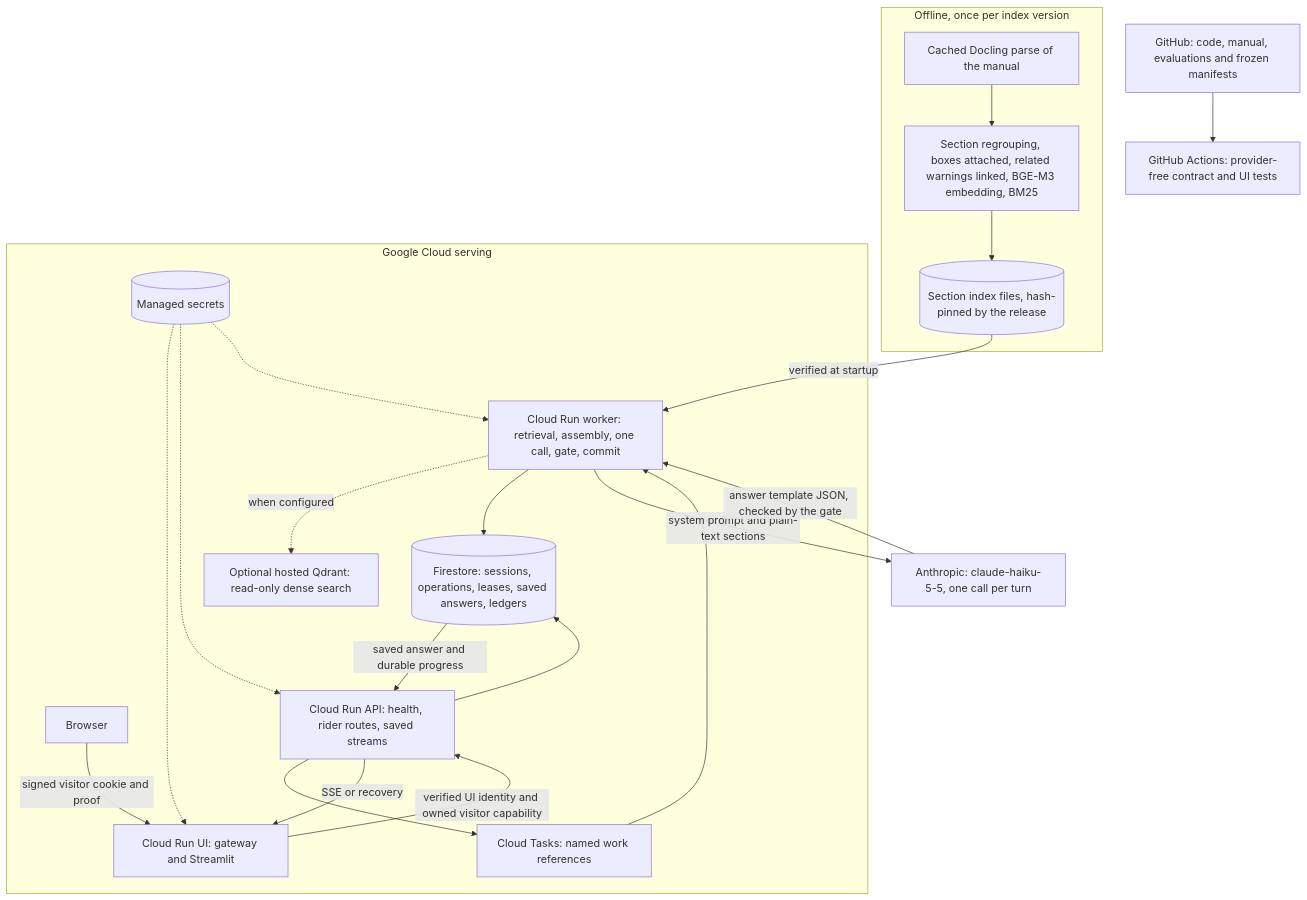
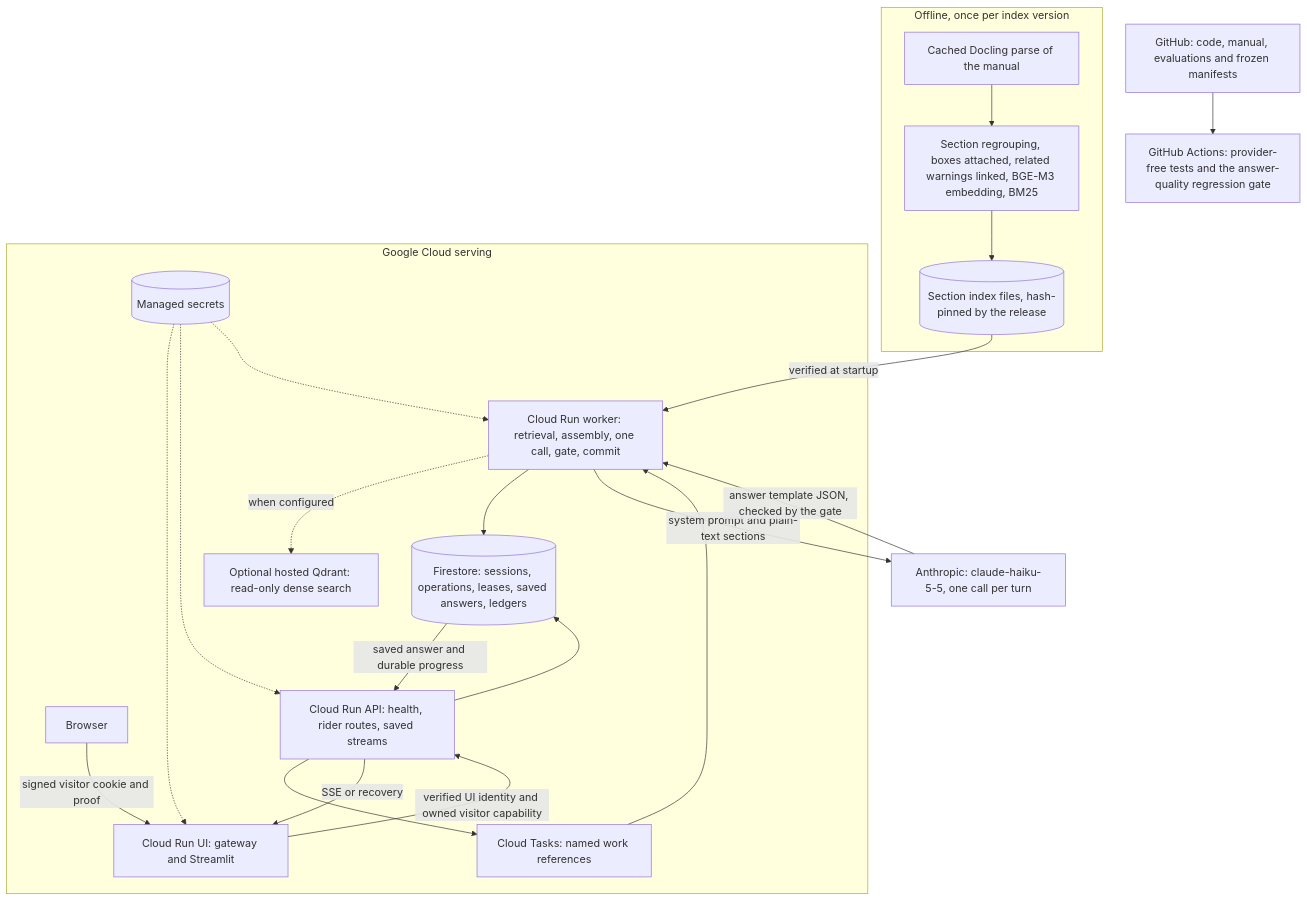
One commit to Maneshwar-Kumar/motomedic-ai changed the diagram in docs/ARCHITECTURE.md. Above: the diagram before and after it, drawn with Mermaid. The commit also changed other lines of this file and 485 other files, not shown here.

````diff
--- a/docs/ARCHITECTURE.md
+++ b/docs/ARCHITECTURE.md
@@ -15,39 +15,39 @@
 ```mermaid
 flowchart TB
     GIT[GitHub: code, manual, evaluations and frozen manifests]
-    CI[GitHub Actions: provider-free contract and UI tests]
+    CI[GitHub Actions: provider-free tests and the answer-quality regression gate]
     GIT --> CI
 
     subgraph OFFLINE[Offline, once per index version]
         PARSE[Cached Docling parse of the manual]
         SECTIONS[Section regrouping, boxes attached, related warnings linked, BGE-M3 embedding, BM25]
         INDEXFILES[(Section index files, hash-pinned by the release)]
         PARSE --> SECTIONS --> INDEXFILES
     end
 
     subgraph GCP[Google Cloud serving]
         BROWSER[Browser]
         UI[Cloud Run UI: gateway and Streamlit]
         API[Cloud Run API: health, rider routes, saved streams]
         TASKS[Cloud Tasks: named work references]
         WORKER[Cloud Run worker: retrieval, assembly, one call, gate, commit]
         QDRANT[Optional hosted Qdrant: read-only dense search]
         STATE[(Firestore: sessions, operations, leases, saved answers, ledgers)]
         SECRET[(Managed secrets)]
         BROWSER -->|signed visitor cookie and proof| UI
         UI -->|verified UI identity and owned visitor capability| API
         API --> STATE
         API --> TASKS --> WORKER
         WORKER -.->|when configured| QDRANT
         WORKER --> STATE
         STATE -->|saved answer and durable progress| API -->|SSE or recovery| UI
         SECRET -.-> UI
         SECRET -.-> API
         SECRET -.-> WORKER
     end
 
     INDEXFILES -->|verified at startup| WORKER
     ANTHROPIC[Anthropic: claude-haiku-5-5, one call per turn]
     WORKER -->|system prompt and plain-text sections| ANTHROPIC
     ANTHROPIC -->|answer template JSON, checked by the gate| WORKER
 ```
````
